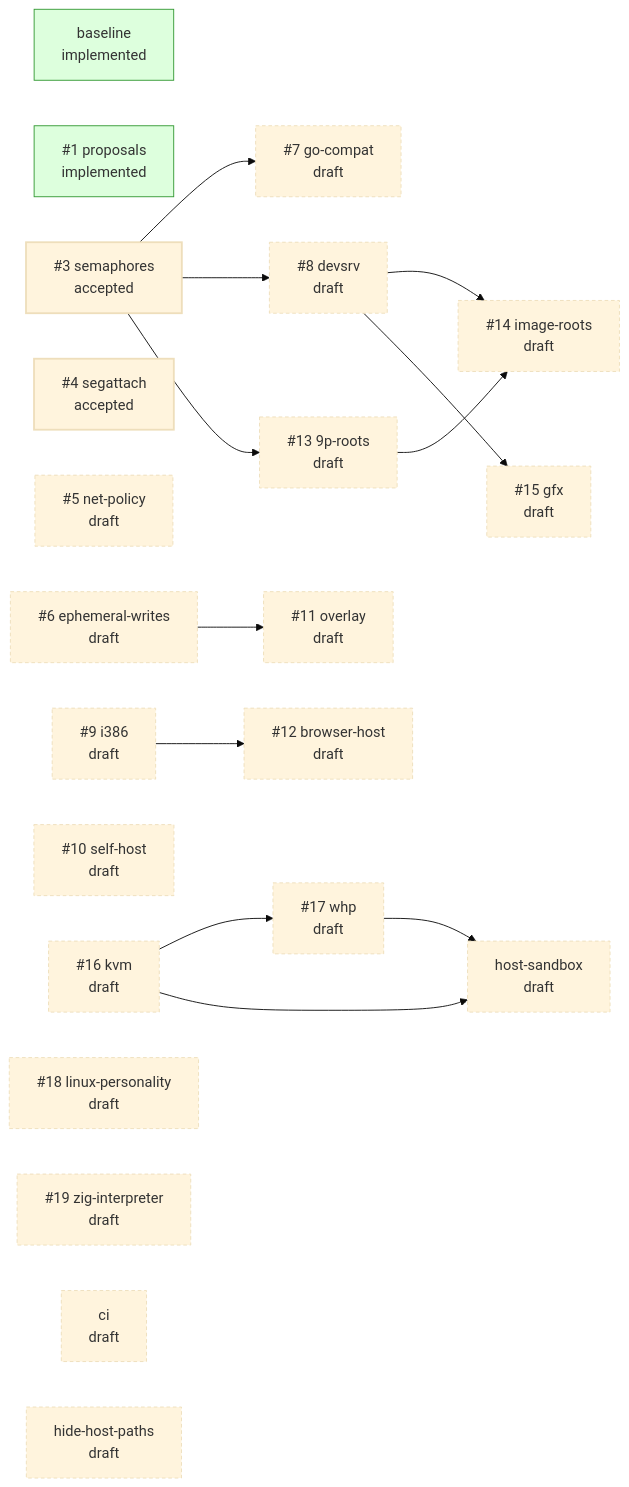
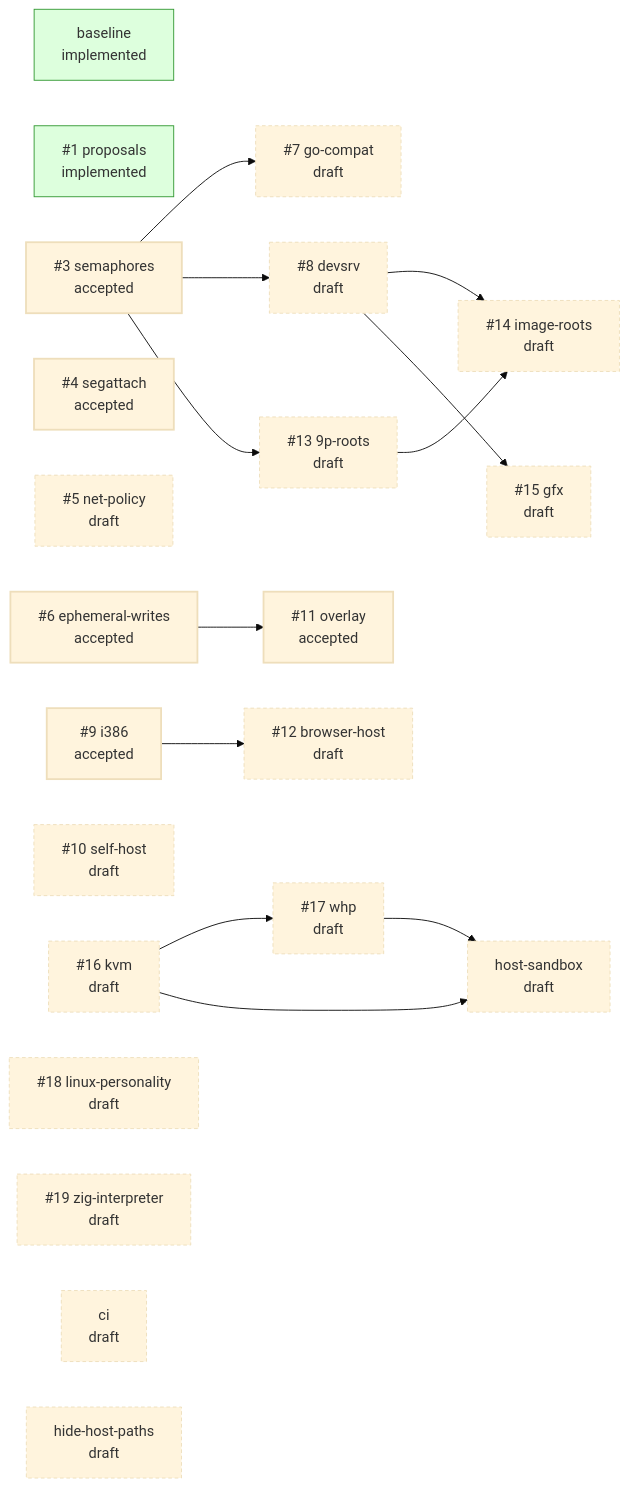
Before and after one commit to jpf/hyper9: the diagram in README.md, drawn with Mermaid (base theme). The commit also changed other lines of this file and 19 other files, not shown here.

````diff
--- a/README.md
+++ b/README.md
@@ -39,40 +39,40 @@
 ```mermaid
 flowchart LR
   classDef draft stroke-dasharray: 4 3
   classDef accepted stroke-width: 2px
   classDef implemented fill:#dfd,stroke:#393
   classDef closed fill:#eee,stroke:#999,color:#777
   p_baseline["baseline<br/>implemented"]:::implemented
   p_proposals["#35;1 proposals<br/>implemented"]:::implemented
   p_semaphores["#35;3 semaphores<br/>accepted"]:::accepted
   p_segattach["#35;4 segattach<br/>accepted"]:::accepted
   p_net_policy["#35;5 net-policy<br/>draft"]:::draft
-  p_ephemeral_writes["#35;6 ephemeral-writes<br/>draft"]:::draft
+  p_ephemeral_writes["#35;6 ephemeral-writes<br/>accepted"]:::accepted
   p_go_compat["#35;7 go-compat<br/>draft"]:::draft
   p_devsrv["#35;8 devsrv<br/>draft"]:::draft
-  p_i386["#35;9 i386<br/>draft"]:::draft
+  p_i386["#35;9 i386<br/>accepted"]:::accepted
   p_self_host["#35;10 self-host<br/>draft"]:::draft
-  p_overlay["#35;11 overlay<br/>draft"]:::draft
+  p_overlay["#35;11 overlay<br/>accepted"]:::accepted
   p_browser_host["#35;12 browser-host<br/>draft"]:::draft
   p_9p_roots["#35;13 9p-roots<br/>draft"]:::draft
   p_image_roots["#35;14 image-roots<br/>draft"]:::draft
   p_gfx["#35;15 gfx<br/>draft"]:::draft
   p_kvm["#35;16 kvm<br/>draft"]:::draft
   p_whp["#35;17 whp<br/>draft"]:::draft
   p_linux_personality["#35;18 linux-personality<br/>draft"]:::draft
   p_zig_interpreter["#35;19 zig-interpreter<br/>draft"]:::draft
   p_ci["ci<br/>draft"]:::draft
   p_hide_host_paths["hide-host-paths<br/>draft"]:::draft
   p_host_sandbox["host-sandbox<br/>draft"]:::draft
   p_semaphores --> p_go_compat
   p_semaphores --> p_devsrv
   p_ephemeral_writes --> p_overlay
   p_i386 --> p_browser_host
   p_semaphores --> p_9p_roots
   p_devsrv --> p_image_roots
   p_9p_roots --> p_image_roots
   p_devsrv --> p_gfx
   p_kvm --> p_whp
   p_kvm --> p_host_sandbox
   p_whp --> p_host_sandbox
 ```
````
